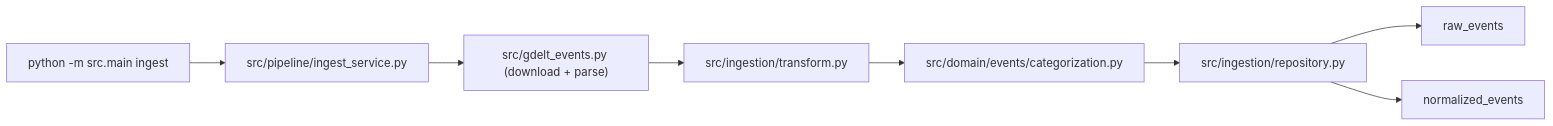
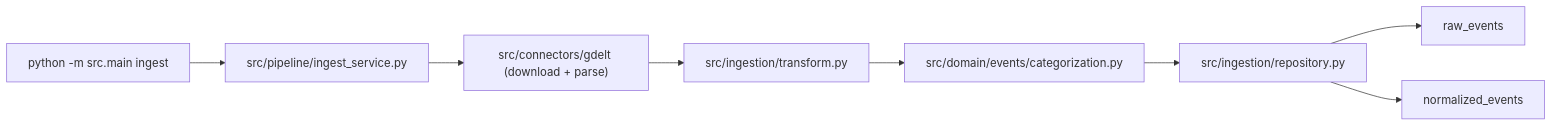
Before and after one commit to fegalvan/Global-News-Monitor: the diagram in README.md, drawn with Mermaid. The commit also changed other lines of this file and 23 other files, not shown here.

````diff
--- a/README.md
+++ b/README.md
@@ -99,10 +117,10 @@
 ```mermaid
 flowchart LR
     A["python -m src.main ingest"] --> B["src/pipeline/ingest_service.py"]
-    B --> C["src/gdelt_events.py (download + parse)"]
+    B --> C["src/connectors/gdelt (download + parse)"]
     C --> D["src/ingestion/transform.py"]
     D --> E["src/domain/events/categorization.py"]
     E --> F["src/ingestion/repository.py"]
     F --> G["raw_events"]
     F --> H["normalized_events"]
 ```
````
